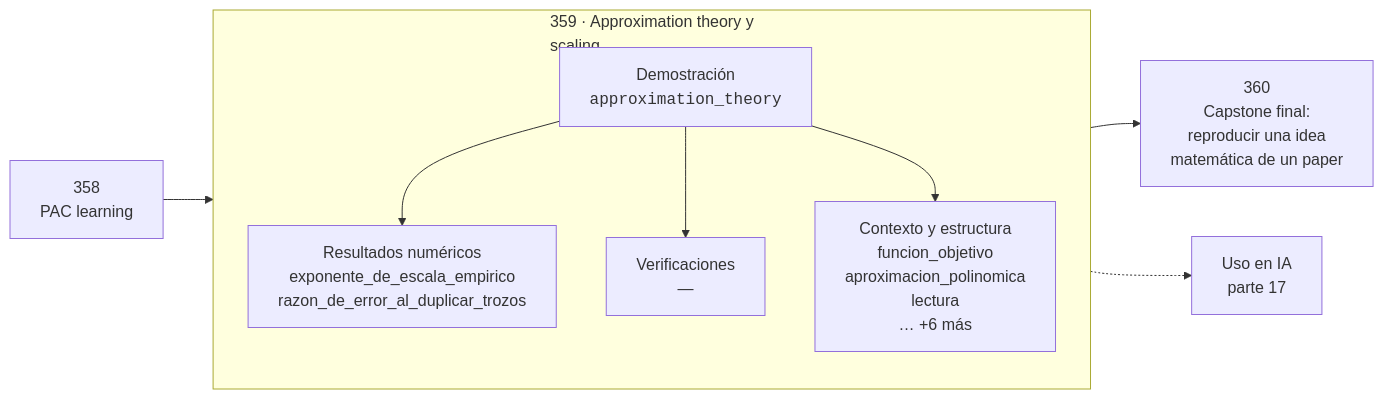
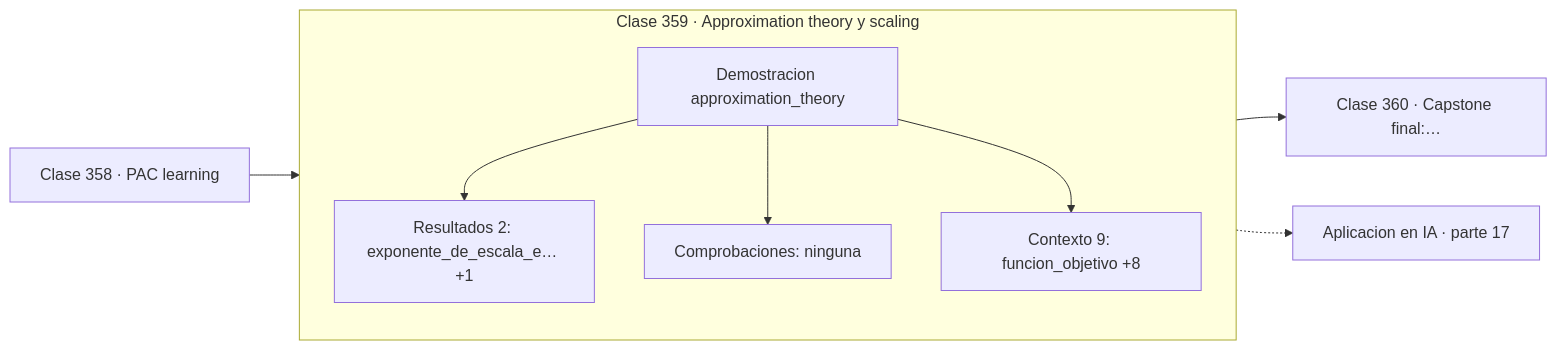
The diagram in classes/part-17-frontera-matematica-para-ia-e-investigacion/359-approximation-theory-y-scaling/README.md (vladimiracunadev-create/computational-mathematics-program), drawn with Mermaid before and after one commit. The commit also changed 389 other files, not shown here.

First line of the commit message:
fix(diagramas): elimina el HTML de las etiquetas Mermaid

````diff
--- a/classes/part-17-frontera-matematica-para-ia-e-investigacion/359-approximation-theory-y-scaling/README.md
+++ b/classes/part-17-frontera-matematica-para-ia-e-investigacion/359-approximation-theory-y-scaling/README.md
@@ -30,12 +30,13 @@
 ```mermaid
 flowchart LR
-    P["358<br/>PAC learning"] --> C
-    subgraph C["359 · Approximation theory y<br/>scaling"]
+    P["Clase 358 · PAC learning"] --> D
+    subgraph CLASE["Clase 359 · Approximation theory y scaling"]
         direction TB
-        D["Demostración<br/><code>approximation_theory</code>"] --> R["Resultados numéricos<br/>exponente_de_escala_empirico<br/>razon_de_error_al_duplicar_trozos"]
-        D --> V["Verificaciones<br/>—"]
-        D --> O["Contexto y estructura<br/>funcion_objetivo<br/>aproximacion_polinomica<br/>lectura<br/>… +6 más"]
+        D["Demostracion approximation_theory"]
+        D --> R["Resultados 2: exponente_de_escala_e… +1"]
+        D --> V["Comprobaciones: ninguna"]
+        D --> O["Contexto 9: funcion_objetivo +8"]
     end
-    C --> N["360<br/>Capstone final:<br/>reproducir una idea<br/>matemática de un paper"]
-    C -.-> IA["Uso en IA<br/>parte 17"]
+    R --> N["Clase 360 · Capstone final:…"]
+    V -.-> IA["Aplicacion en IA · parte 17"]
 ```
````
